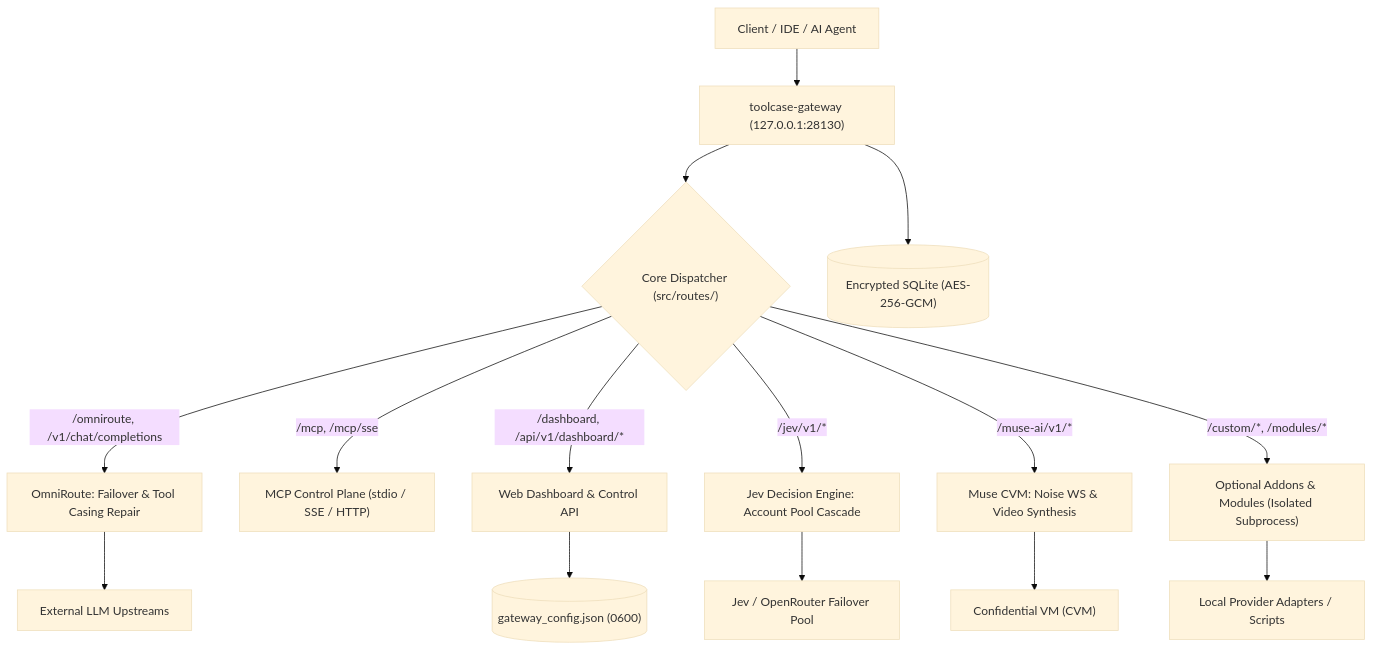
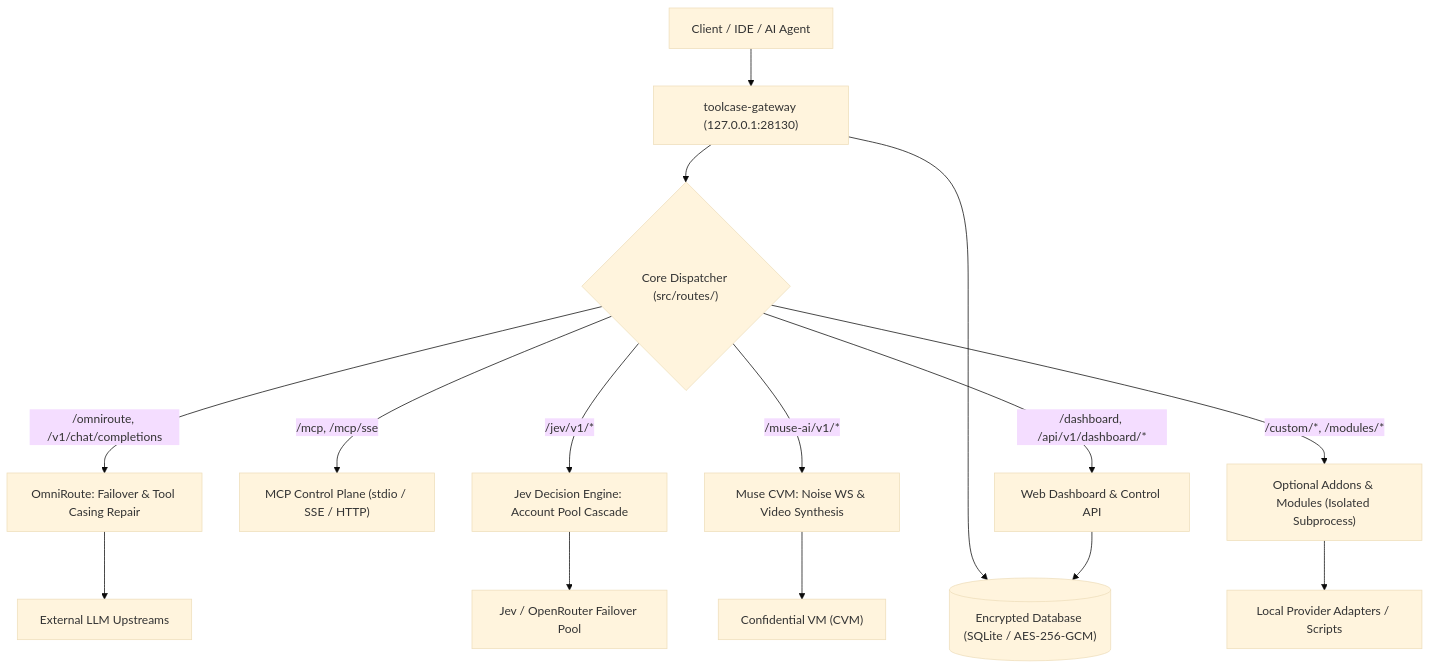
Before and after one commit to giauphan/toolcase-gateway: the diagram in README.md, drawn with Mermaid (base theme). The commit also changed other lines of this file, not shown here.

Commit message:
docs(readme): align quickstart and configuration reference with database flow

````diff
--- a/README.md
+++ b/README.md
@@ -73,19 +73,18 @@
 ```mermaid
 flowchart TD
     Client["Client / IDE / AI Agent"] --> Gateway["toolcase-gateway (127.0.0.1:28130)"]
     Gateway --> Dispatcher{"Core Dispatcher (src/routes/)"}
 
     Dispatcher -->|"/omniroute, /v1/chat/completions"| OmniRoute["OmniRoute: Failover & Tool Casing Repair"]
     Dispatcher -->|"/mcp, /mcp/sse"| MCP["MCP Control Plane (stdio / SSE / HTTP)"]
     Dispatcher -->|"/dashboard, /api/v1/dashboard/*"| Dashboard["Web Dashboard & Control API"]
     Dispatcher -->|"/jev/v1/*"| Jev["Jev Decision Engine: Account Pool Cascade"]
     Dispatcher -->|"/muse-ai/v1/*"| Muse["Muse CVM: Noise WS & Video Synthesis"]
     Dispatcher -->|"/custom/*, /modules/*"| Modules["Optional Addons & Modules (Isolated Subprocess)"]
 
     OmniRoute --> UpstreamLLM["External LLM Upstreams"]
     Jev --> UpstreamJev["Jev / OpenRouter Failover Pool"]
     Muse --> UpstreamMuse["Confidential VM (CVM)"]
     Modules --> Subprocesses["Local Provider Adapters / Scripts"]
-    Dashboard --> ConfigDisk[("gateway_config.json (0600)")]
-    Gateway --> EncryptedDB[("Encrypted SQLite (AES-256-GCM)")]
+    Dashboard & Gateway --> EncryptedDB[("Encrypted Database (SQLite / AES-256-GCM)")]
 ```
````
